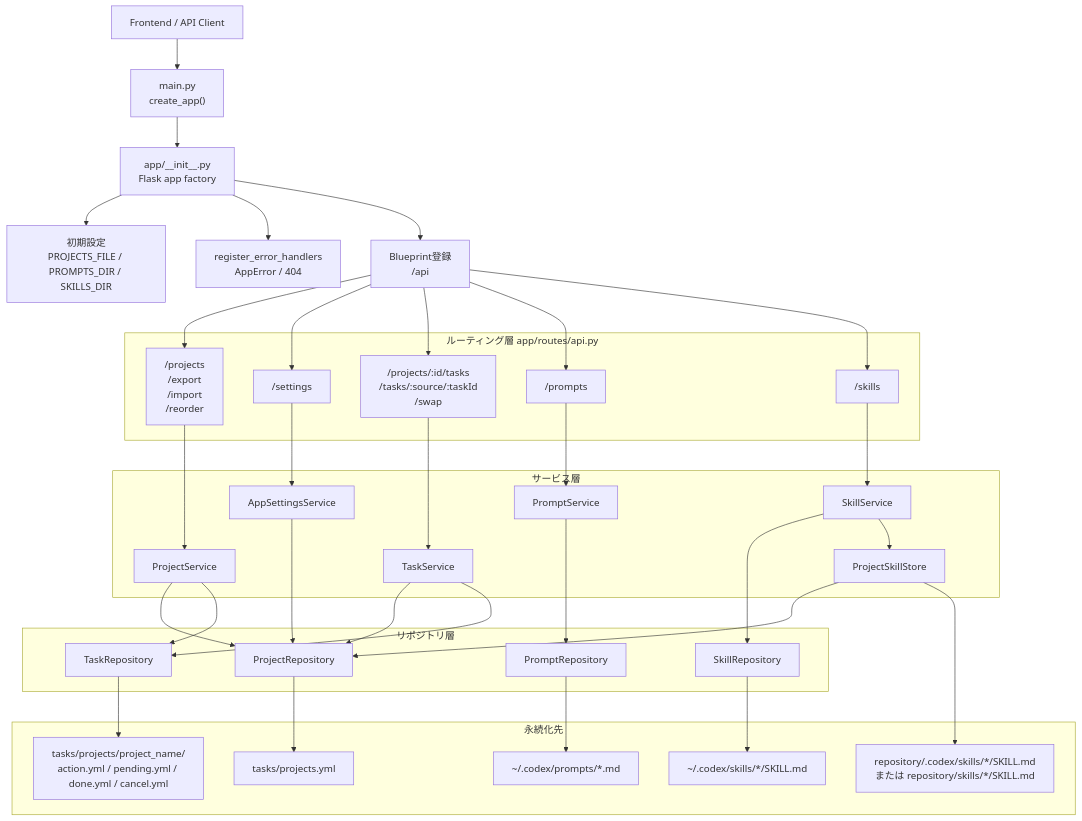
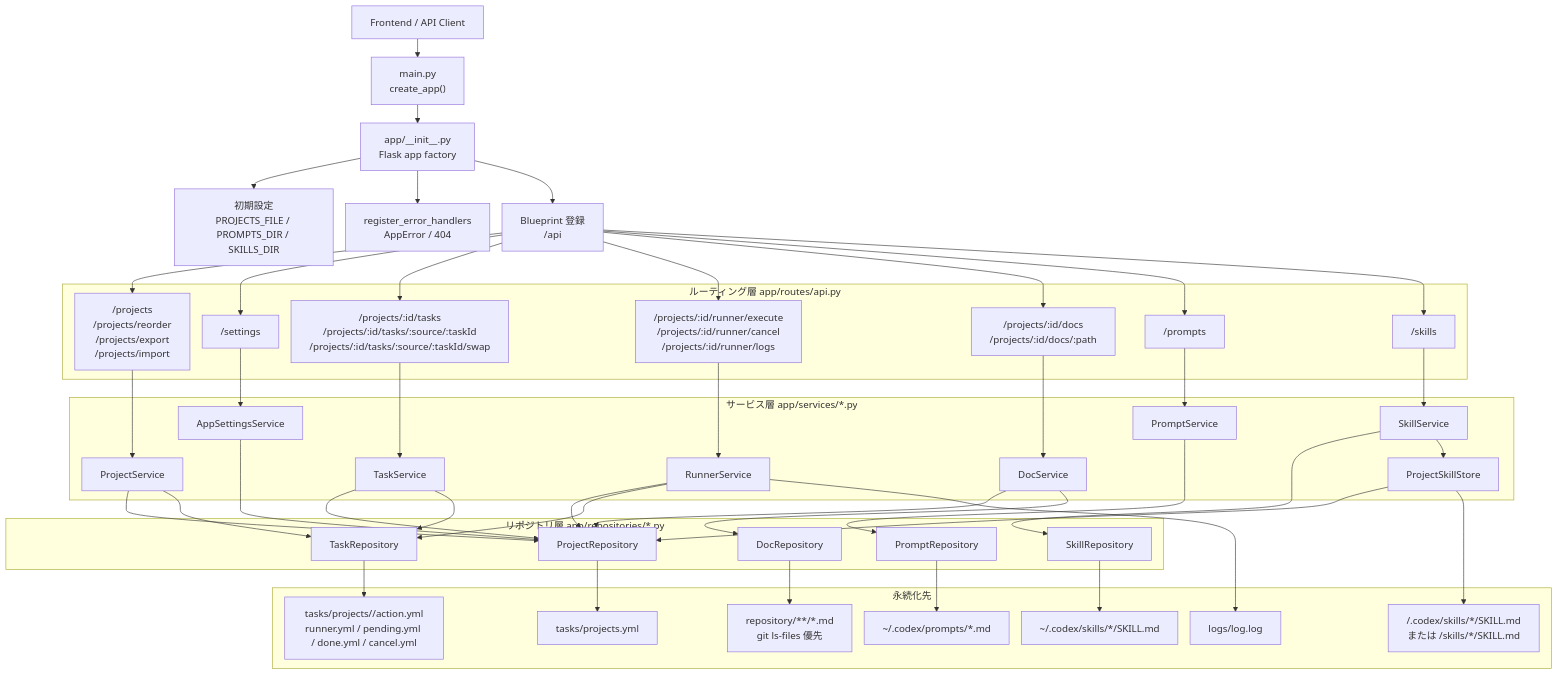
Before and after one commit to sunb256/vibe-task: the first of 4 diagrams in docs/backend.md, drawn with Mermaid. The commit also changed other lines of this file and 7 other files, not shown here.

````diff
--- a/docs/backend.md
+++ b/docs/backend.md
@@ -5,69 +5,87 @@
 ```mermaid
+%%{init: {'flowchart': {'nodeSpacing': 20, 'rankSpacing': 30}}}%%
 flowchart TD
-  Client["Frontend / API Client"] --> Main["main.py\ncreate_app()"]
-  Main --> Factory["app/__init__.py\nFlask app factory"]
+    Client["Frontend / API Client"] --> Main["main.py<br/>create_app()"]
+    Main --> Factory["app/__init__.py<br/>Flask app factory"]
 
-  Factory --> Config["初期設定\nPROJECTS_FILE / PROMPTS_DIR / SKILLS_DIR"]
-  Factory --> ErrorHandler["register_error_handlers\nAppError / 404"]
-  Factory --> ApiBp["Blueprint登録\n/api"]
+    Factory --> Config["初期設定<br/>PROJECTS_FILE / PROMPTS_DIR / SKILLS_DIR"]
+    Factory --> ErrorHandler["register_error_handlers<br/>AppError / 404"]
+    Factory --> Blueprint["Blueprint 登録<br/>/api"]
 
-  subgraph Routes["ルーティング層 app/routes/api.py"]
-    ProjectsRoute["/projects\n/export\n/import\n/reorder"]
-    SettingsRoute["/settings"]
-    TasksRoute["/projects/:id/tasks\n/tasks/:source/:taskId\n/swap"]
-    PromptsRoute["/prompts"]
-    SkillsRoute["/skills"]
-  end
+    subgraph Routes["ルーティング層 app/routes/api.py"]
+      ProjectsRoute["/projects<br/>/projects/reorder<br/>/projects/export<br/>/projects/import"]
+      SettingsRoute["/settings"]
+      TasksRoute["/projects/:id/tasks<br/>/projects/:id/tasks/:source/:taskId<br/>/projects/:id/tasks/:source/:taskId/swap"]
+      RunnerRoute["/projects/:id/runner/execute<br/>/projects/:id/runner/cancel<br/>/projects/:id/runner/logs"]
+      DocsRoute["/projects/:id/docs<br/>/projects/:id/docs/:path"]
+      PromptsRoute["/prompts"]
+      SkillsRoute["/skills"]
+    end
 
-  ApiBp --> ProjectsRoute
-  ApiBp --> SettingsRoute
-  ApiBp --> TasksRoute
-  ApiBp --> PromptsRoute
-  ApiBp --> SkillsRoute
+    Blueprint --> ProjectsRoute
+    Blueprint --> SettingsRoute
+    Blueprint --> TasksRoute
+    Blueprint --> RunnerRoute
+    Blueprint --> DocsRoute
+    Blueprint --> PromptsRoute
+    Blueprint --> SkillsRoute
 
-  subgraph Services["サービス層"]
-    ProjectService["ProjectService"]
-    SettingsService["AppSettingsService"]
-    TaskService["TaskService"]
-    PromptService["PromptService"]
-    SkillService["SkillService"]
-    ProjectSkillStore["ProjectSkillStore"]
-  end
+    subgraph Services["サービス層 app/services/*.py"]
+      ProjectService["ProjectService"]
+      SettingsService["AppSettingsService"]
+      TaskService["TaskService"]
+      RunnerService["RunnerService"]
+      DocService["DocService"]
+      PromptService["PromptService"]
+      SkillService["SkillService"]
+      ProjectSkillStore["ProjectSkillStore"]
+    end
 
-  ProjectsRoute --> ProjectService
-  SettingsRoute --> SettingsService
-  TasksRoute --> TaskService
-  PromptsRoute --> PromptService
-  SkillsRoute --> SkillService
+    ProjectsRoute --> ProjectService
+    SettingsRoute --> SettingsService
+    TasksRoute --> TaskService
+    RunnerRoute --> RunnerService
+    DocsRoute --> DocService
+    PromptsRoute --> PromptService
+    SkillsRoute --> SkillService
 
-  subgraph Repositories["リポジトリ層"]
-    ProjectRepo["ProjectRepository"]
-    TaskRepo["TaskRepository"]
-    PromptRepo["PromptRepository"]
-    SkillRepo["SkillRepository"]
-  end
+    subgraph Repositories["リポジトリ層 app/repositories/*.py"]
+      ProjectRepo["ProjectRepository"]
+      TaskRepo["TaskRepository"]
+      DocRepo["DocRepository"]
+      PromptRepo["PromptRepository"]
+      SkillRepo["SkillRepository"]
+    end
 
-  ProjectService --> ProjectRepo
-  ProjectService --> TaskRepo
-  SettingsService --> ProjectRepo
-  TaskService --> ProjectRepo
-  TaskService --> TaskRepo
-  PromptService --> PromptRepo
-  SkillService --> SkillRepo
-  SkillService --> ProjectSkillStore
-  ProjectSkillStore --> ProjectRepo
+    ProjectService --> ProjectRepo
+    ProjectService --> TaskRepo
+    SettingsService --> ProjectRepo
+    TaskService --> ProjectRepo
+    TaskService --> TaskRepo
+    RunnerService --> ProjectRepo
+    RunnerService --> TaskRepo
+    DocService --> ProjectRepo
+    DocService --> DocRepo
+    PromptService --> PromptRepo
+    SkillService --> SkillRepo
+    SkillService --> ProjectSkillStore
+    ProjectSkillStore --> ProjectRepo
 
-  subgraph Storage["永続化先"]
-    ProjectsYaml["tasks/projects.yml"]
-    TaskYaml["tasks/projects/project_name/\naction.yml / pending.yml / done.yml / cancel.yml"]
-    PromptsDir["~/.codex/prompts/*.md"]
-    GlobalSkillsDir["~/.codex/skills/*/SKILL.md"]
-    ProjectSkillsDir["repository/.codex/skills/*/SKILL.md\nまたは repository/skills/*/SKILL.md"]
-  end
+    subgraph Storage["永続化先"]
+      ProjectsYaml["tasks/projects.yml"]
+      TaskYaml["tasks/projects/<project>/action.yml<br/>runner.yml / pending.yml / done.yml / cancel.yml"]
+      RunnerLog["logs/log.log"]
+      RepoDocs["repository/**/*.md<br/>git ls-files 優先"]
+      PromptsDir["~/.codex/prompts/*.md"]
+      GlobalSkillsDir["~/.codex/skills/*/SKILL.md"]
+      ProjectSkillsDir["<repo>/.codex/skills/*/SKILL.md<br/>または <repo>/skills/*/SKILL.md"]
+    end
 
-  ProjectRepo --> ProjectsYaml
-  TaskRepo --> TaskYaml
-  PromptRepo --> PromptsDir
-  SkillRepo --> GlobalSkillsDir
-  ProjectSkillStore --> ProjectSkillsDir
+    ProjectRepo --> ProjectsYaml
+    TaskRepo --> TaskYaml
+    RunnerService --> RunnerLog
+    DocRepo --> RepoDocs
+    PromptRepo --> PromptsDir
+    SkillRepo --> GlobalSkillsDir
+    ProjectSkillStore --> ProjectSkillsDir
 ```
````
